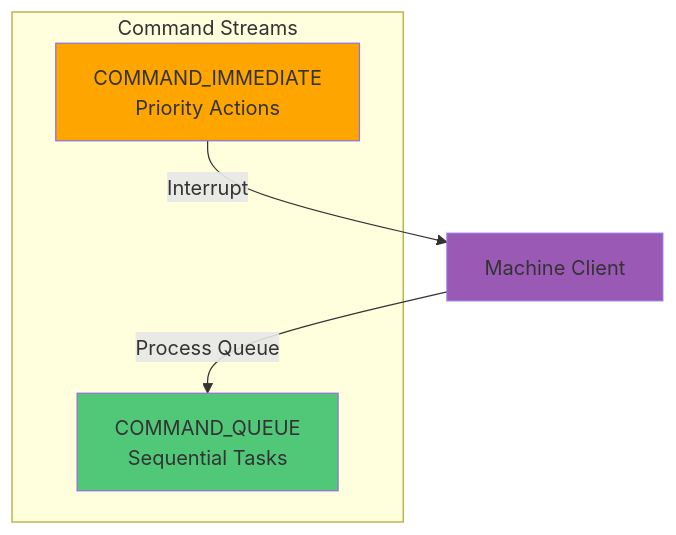
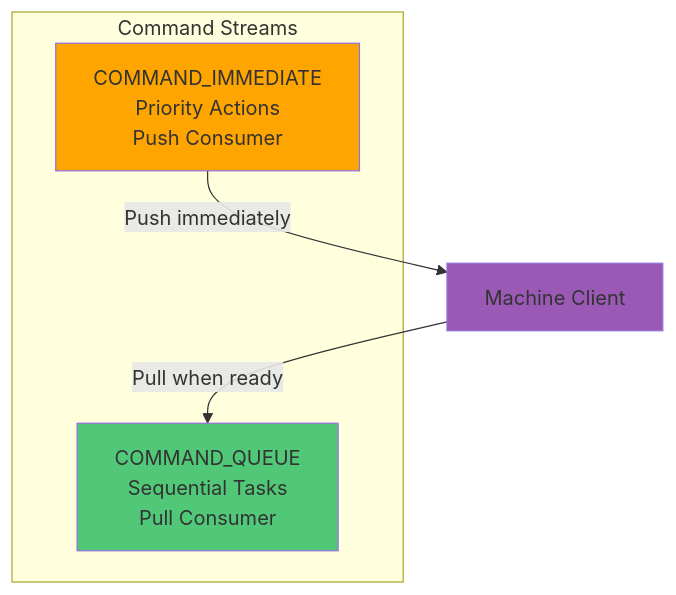
The seventh of 13 diagrams in docs/nats_architecture_diagram.md (PUDAP/puda), drawn with Mermaid before and after one commit. The commit also changed other lines of this file and 4 other files, not shown here.

Commit message:
docs: update nats architecture

````diff
--- a/docs/nats_architecture_diagram.md
+++ b/docs/nats_architecture_diagram.md
@@ -352,14 +454,14 @@
 ```mermaid
 graph TB
     subgraph "Command Streams"
-        CQ[COMMAND_QUEUE<br/>Sequential Tasks]
-        CI[COMMAND_IMMEDIATE<br/>Priority Actions]
+        CQ[COMMAND_QUEUE<br/>Sequential Tasks<br/>Pull Consumer]
+        CI[COMMAND_IMMEDIATE<br/>Priority Actions<br/>Push Consumer]
     end
     
-    M[Machine Client] -->|Process Queue| CQ
-    CI -->|Interrupt| M
+    M[Machine Client] -->|Pull when ready| CQ
+    CI -->|Push immediately| M
     
     style CQ fill:#50C878
     style CI fill:#FFA500
     style M fill:#9B59B6
 ```
````
